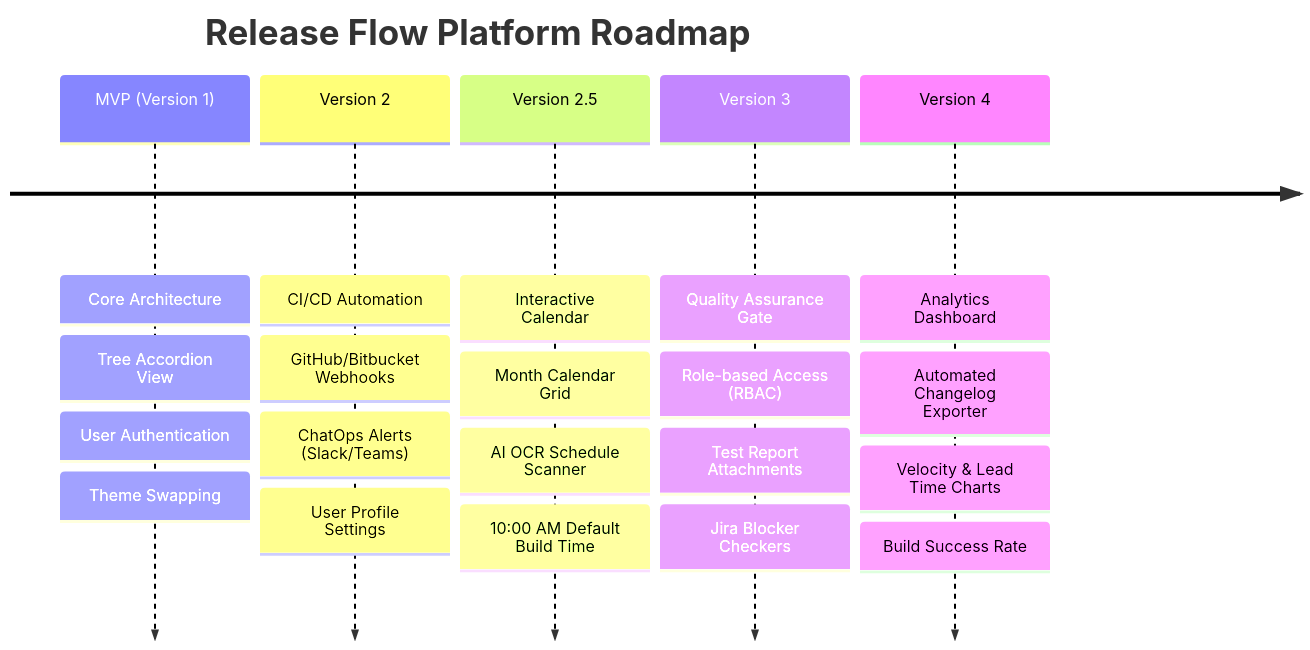
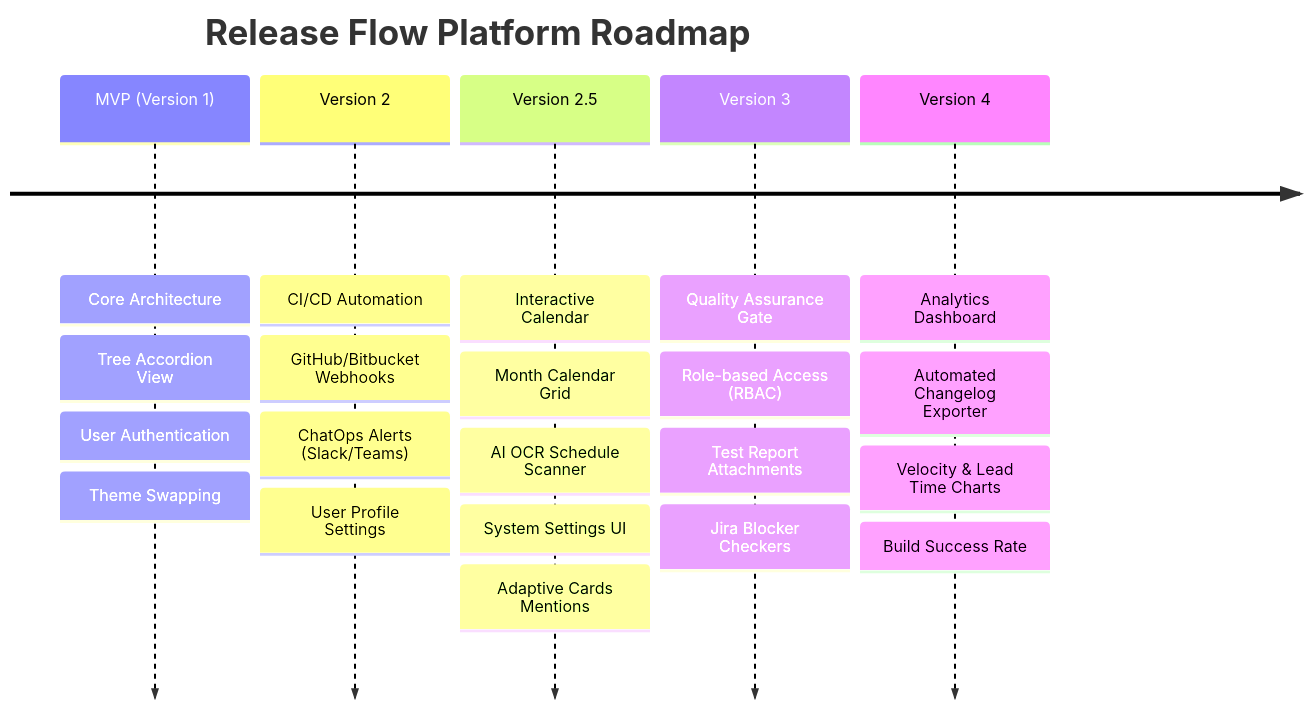
One commit to quocanhDev99/release_flow_platform changed the diagram in docs/08-roadmap.md. Above: the diagram before and after it, drawn with Mermaid. The commit also changed other lines of this file and 39 other files, not shown here.

Commit message:
feat: implement system settings management UI and upgrade notification services to support adaptive cards and dynamic webhooks

````diff
--- a/docs/08-roadmap.md
+++ b/docs/08-roadmap.md
@@ -9,9 +9,9 @@
 ```mermaid
 timeline
     title Release Flow Platform Roadmap
     MVP (Version 1) : Core Architecture : Tree Accordion View : User Authentication : Theme Swapping
     Version 2 : CI/CD Automation : GitHub/Bitbucket Webhooks : ChatOps Alerts (Slack/Teams) : User Profile Settings
-    Version 2.5 : Interactive Calendar : Month Calendar Grid : AI OCR Schedule Scanner : 10:00 AM Default Build Time
+    Version 2.5 : Interactive Calendar : Month Calendar Grid : AI OCR Schedule Scanner : System Settings UI : Adaptive Cards Mentions
     Version 3 : Quality Assurance Gate : Role-based Access (RBAC) : Test Report Attachments : Jira Blocker Checkers
     Version 4 : Analytics Dashboard : Automated Changelog Exporter : Velocity & Lead Time Charts : Build Success Rate
 ```
````
